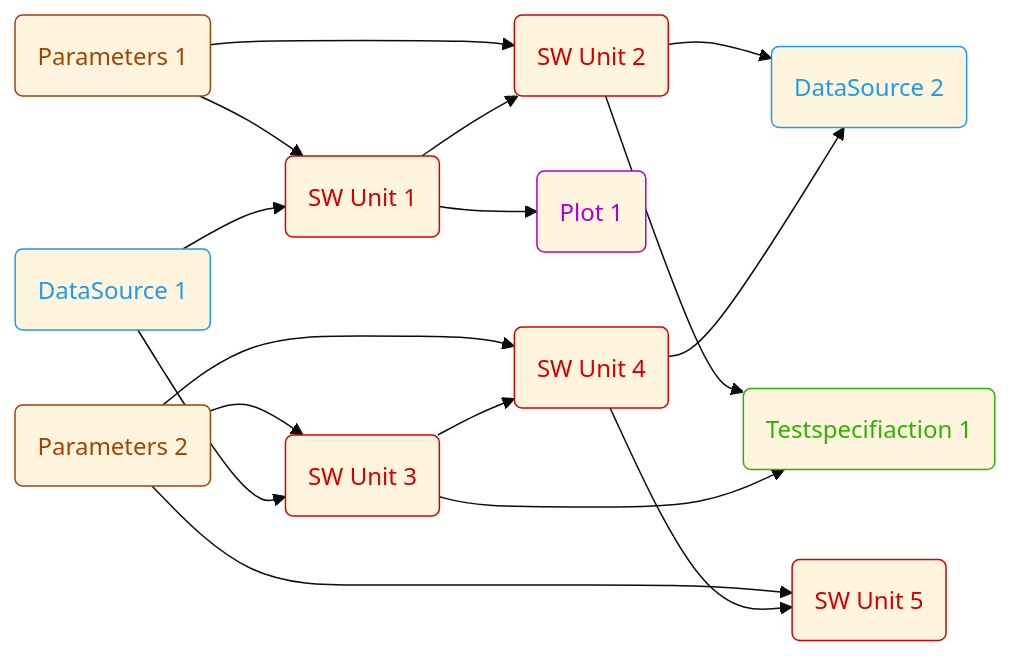
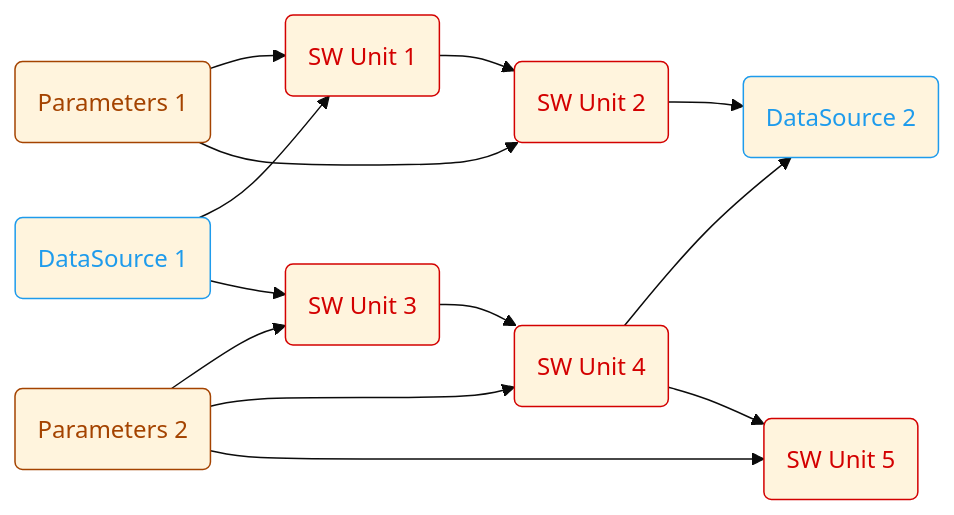
Before and after one commit to olympus-tools/ARES: the diagram in README.md, drawn with Mermaid (base theme). The commit also changed other lines of this file and 53 other files, not shown here.

````diff
--- a/README.md
+++ b/README.md
@@ -57,40 +57,35 @@
 ```mermaid
 flowchart LR
 
     PARAM1(Parameters 1) --> SWU1(SW Unit 1)
     PARAM1 --> SWU2(SW Unit 2)
     MEAS1(DataSource 1) --> SWU1
     SWU1 --> SWU2
-    SWU1 --> PL1(Plot 1)
     SWU2 --> MEAS2(DataSource 2)
-    SWU2 --> TS1(Testspecifiaction 1)
 
     PARAM2(Parameters 2) --> SWU3(SW Unit 3)
     PARAM2 --> SWU4(SW Unit 4)
     PARAM2 --> SWU5(SW Unit 5)
     MEAS1(DataSource 1) --> SWU3
     SWU3 --> SWU4
-    SWU3 --> TS1
     SWU4 --> MEAS2
     SWU4 --> SWU5
 
     classDef Parameters        color:#a44300, stroke:#a44300;
     classDef DataSource        color:#1e9bec, stroke:#1e9bec;
     classDef SW_Unit           color:#d30000, stroke:#d30000;
     classDef Test              color:#2eb400, stroke:#2eb400;
     classDef Plot              color:#ad00d0, stroke:#ad00d0;
     classDef Optimization      color:#e5d300, stroke:#e5d300;
 
     class PARAM1 Parameters;
     class PARAM2 Parameters;
     class MEAS1 DataSource;
     class MEAS2 DataSource;
     class SWU1 SW_Unit;
     class SWU2 SW_Unit;
     class SWU3 SW_Unit;
     class SWU4 SW_Unit;
     class SWU5 SW_Unit;
-    class TS1 Test;
-    class PL1 Plot;
 
 ```
````
